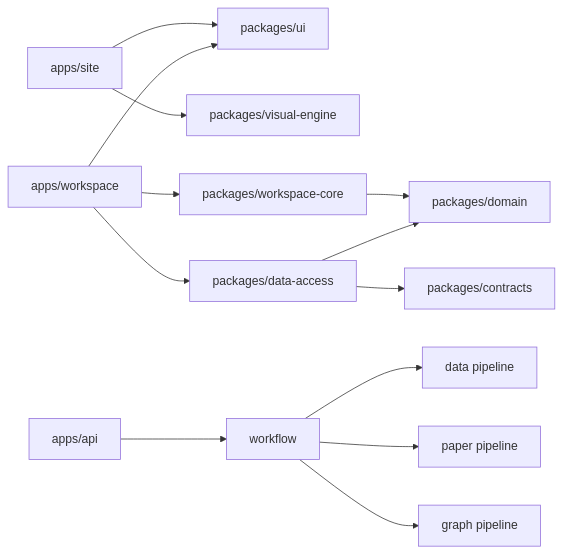
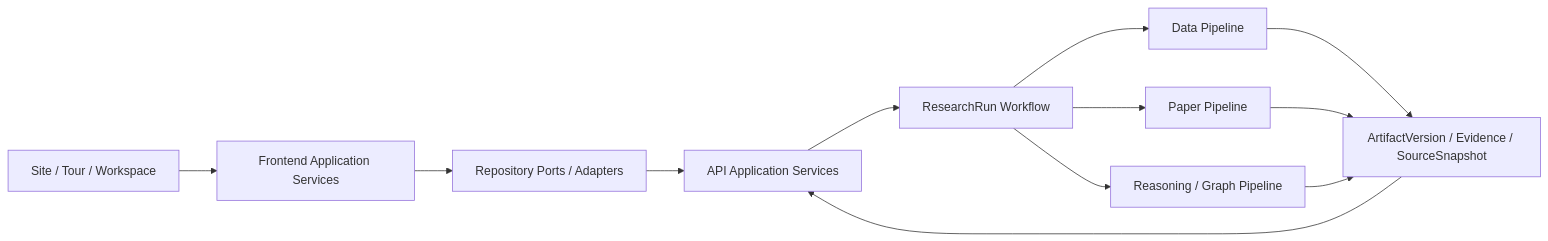
Before and after one commit to zyyyyynnn/xingwen-astro-ai: the diagram in docs/architecture/MODULES.md, drawn with Mermaid. The commit also changed other lines of this file and 199 other files, not shown here.

````diff
--- a/docs/architecture/MODULES.md
+++ b/docs/architecture/MODULES.md
@@ -37,15 +13,14 @@
 ```mermaid
 flowchart LR
-  Site["apps/site"] --> UI["packages/ui"]
-  Site --> Visual["packages/visual-engine"]
-  Workspace["apps/workspace"] --> UI
-  Workspace --> Core["packages/workspace-core"]
-  Workspace --> Access["packages/data-access"]
-  Core --> Domain["packages/domain"]
-  Access --> Domain
-  Access --> Contracts["packages/contracts"]
-  API["apps/api"] --> Workflow["workflow"]
-  Workflow --> Data["data pipeline"]
-  Workflow --> Paper["paper pipeline"]
-  Workflow --> Graph["graph pipeline"]
+  Experience["Site / Tour / Workspace"] --> App["Frontend Application Services"]
+  App --> Access["Repository Ports / Adapters"]
+  Access --> API["API Application Services"]
+  API --> Workflow["ResearchRun Workflow"]
+  Workflow --> Data["Data Pipeline"]
+  Workflow --> Paper["Paper Pipeline"]
+  Workflow --> Reasoning["Reasoning / Graph Pipeline"]
+  Data --> Artifacts["ArtifactVersion / Evidence / SourceSnapshot"]
+  Paper --> Artifacts
+  Reasoning --> Artifacts
+  Artifacts --> API
 ```
````
